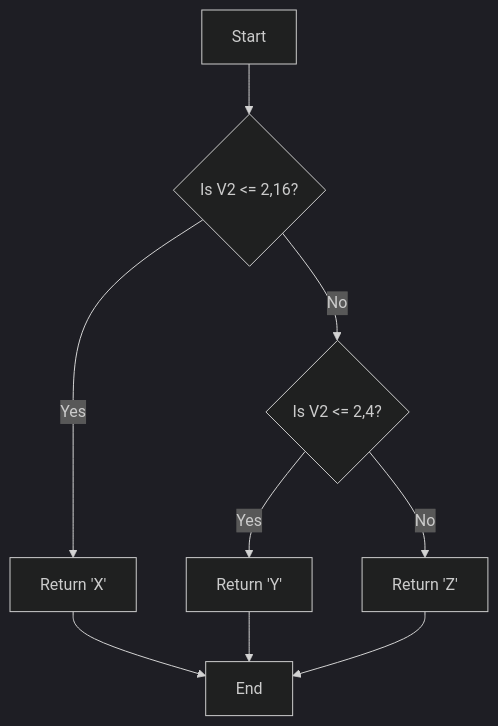
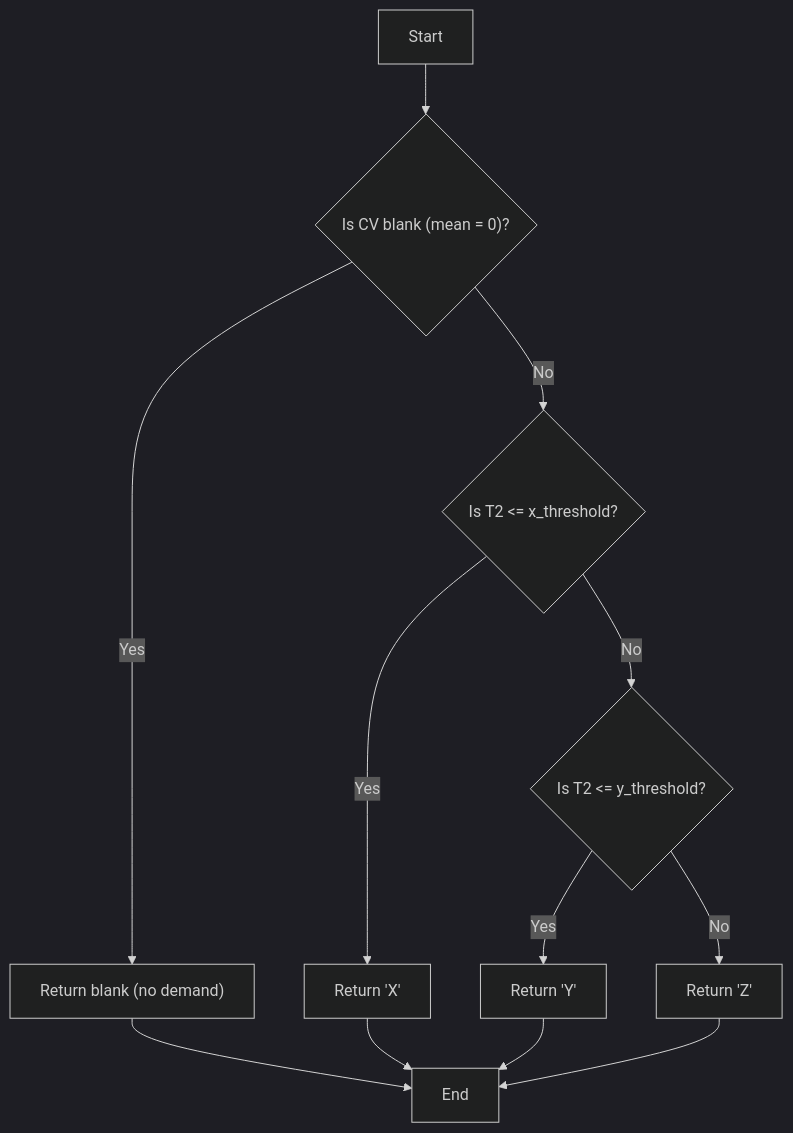
Before and after one commit to zbigniew-galar/univ: the second of 2 diagrams in ABC_XYZ_Analysis_EN.md, drawn with Mermaid (dark theme). The commit also changed other lines of this file, not shown here.

````diff
--- a/ABC_XYZ_Analysis_EN.md
+++ b/ABC_XYZ_Analysis_EN.md
@@ -140,11 +238,14 @@
 ``` mermaid
 flowchart TD
-    A[Start] --> B{Is V2 <= 2,16?}
+    A[Start] --> M{"Is CV blank (mean = 0)?"}
+    M -- Yes --> N["Return blank (no demand)"]
+    M -- No --> B{"Is T2 <= x_threshold?"}
     B -- Yes --> X["Return 'X'"]
-    B -- No --> C{Is V2 <= 2,4?}
+    B -- No --> C{"Is T2 <= y_threshold?"}
     C -- Yes --> Y["Return 'Y'"]
     C -- No --> Z["Return 'Z'"]
-    X --> End[End]
+    N --> End[End]
+    X --> End
     Y --> End
     Z --> End
 ```
````
